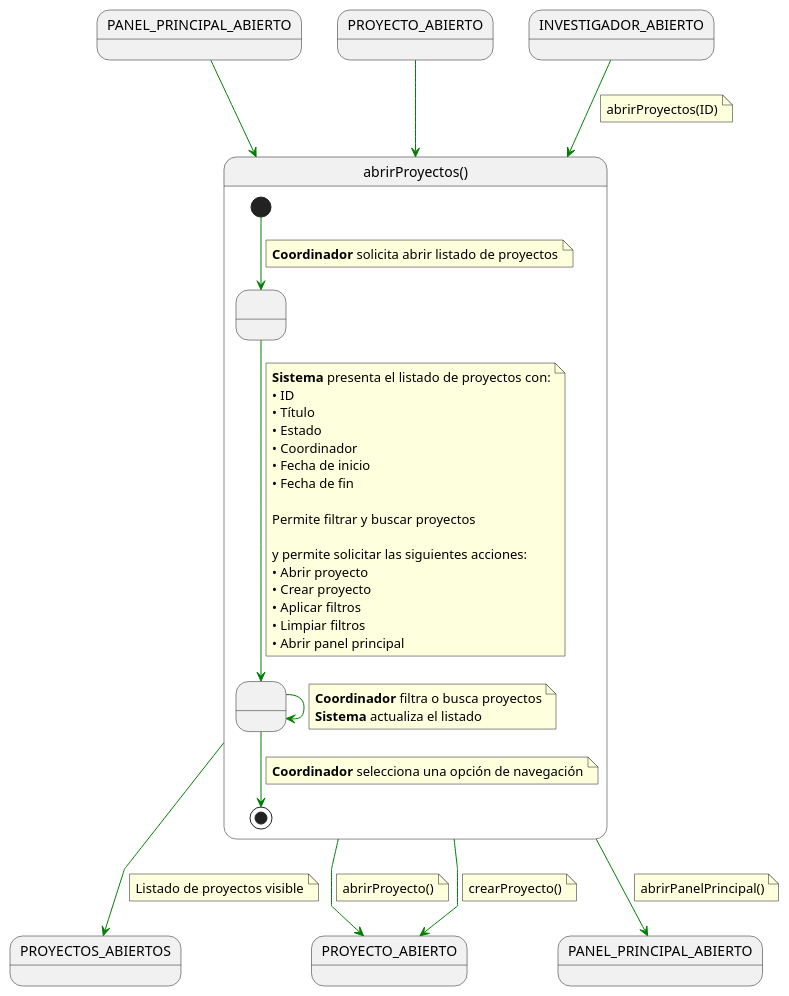
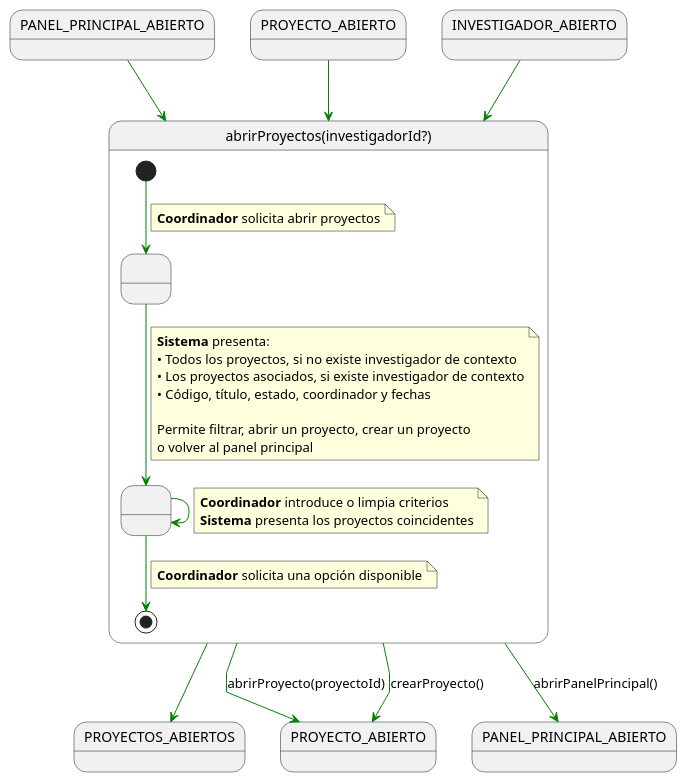
Before and after one commit to beatriizorozco/25-26-idsw2-sdVC: the diagram in RUP/00-casos-uso/02-detalle/coordinador/abrirProyectos/especificacion.puml, drawn with PlantUML. The commit also changed 38 other files, not shown here.

```diff
--- a/RUP/00-casos-uso/02-detalle/coordinador/abrirProyectos/especificacion.puml
+++ b/RUP/00-casos-uso/02-detalle/coordinador/abrirProyectos/especificacion.puml
@@ -1,80 +1,49 @@
 @startuml abrirProyectos
 skinparam linetype polyline
 
-state in1 as "PANEL_PRINCIPAL_ABIERTO"
-in1 -[#green]-> abrirProyectos
+state panel as "PANEL_PRINCIPAL_ABIERTO"
+state proyecto as "PROYECTO_ABIERTO"
+state investigador as "INVESTIGADOR_ABIERTO"
 
-state in2 as "PROYECTO_ABIERTO"
-in2 -[#green]-> abrirProyectos
+panel -[#green]-> abrirProyectos
+proyecto -[#green]-> abrirProyectos
+investigador -[#green]-> abrirProyectos
 
-state in3 as "INVESTIGADOR_ABIERTO"
-in3 -[#green]-> abrirProyectos
-note on link
-abrirProyectos(ID)
-end note
+state abrirProyectos as "abrirProyectos(investigadorId?)" {
+    state " " as PresentandoProyectos
+    state " " as FiltrandoProyectos
 
-
-state abrirProyectos as "abrirProyectos()" {
-
-    state " " as MostrandoLista
-    state " " as FiltrandoLista
-
-    [*] -[#green]-> MostrandoLista
+    [*] -[#green]-> PresentandoProyectos
     note on link
-    <b>Coordinador</b> solicita abrir listado de proyectos
+    <b>Coordinador</b> solicita abrir proyectos
     end note
 
-    MostrandoLista -[#green]-> FiltrandoLista
+    PresentandoProyectos -[#green]-> FiltrandoProyectos
     note on link
-    <b>Sistema</b> presenta el listado de proyectos con:
-    • ID
-    • Título
-    • Estado
-    • Coordinador
-    • Fecha de inicio
-    • Fecha de fin
+    <b>Sistema</b> presenta:
+    • Todos los proyectos, si no existe investigador de contexto
+    • Los proyectos asociados, si existe investigador de contexto
+    • Código, título, estado, coordinador y fechas
 
-    Permite filtrar y buscar proyectos
-
-    y permite solicitar las siguientes acciones:
-    • Abrir proyecto
-    • Crear proyecto
-    • Aplicar filtros
-    • Limpiar filtros
-    • Abrir panel principal
+    Permite filtrar, abrir un proyecto, crear un proyecto
+    o volver al panel principal
     end note
 
-    FiltrandoLista -[#green]-> FiltrandoLista
+    FiltrandoProyectos -[#green]-> FiltrandoProyectos
     note on link
-    <b>Coordinador</b> filtra o busca proyectos
-    <b>Sistema</b> actualiza el listado
+    <b>Coordinador</b> introduce o limpia criterios
+    <b>Sistema</b> presenta los proyectos coincidentes
     end note
 
-    FiltrandoLista -[#green]-> [*]
+    FiltrandoProyectos -[#green]-> [*]
     note on link
-    <b>Coordinador</b> selecciona una opción de navegación
+    <b>Coordinador</b> solicita una opción disponible
     end note
-
 }
 
 abrirProyectos -[#green]-> PROYECTOS_ABIERTOS
-note on link
-Listado de proyectos visible
-end note
-
-abrirProyectos -[#green]-> PROYECTO_ABIERTO
-note on link
-abrirProyecto()
-end note
-
-abrirProyectos -[#green]-> PROYECTO_ABIERTO
-note on link
-crearProyecto()
-end note
-
-abrirProyectos -[#green]-> PANEL_PRINCIPAL_ABIERTO
-note on link
-abrirPanelPrincipal()
-end note
+abrirProyectos -[#green]-> PROYECTO_ABIERTO: abrirProyecto(proyectoId)
+abrirProyectos -[#green]-> PROYECTO_ABIERTO: crearProyecto()
+abrirProyectos -[#green]-> PANEL_PRINCIPAL_ABIERTO: abrirPanelPrincipal()
 
 @enduml
```
